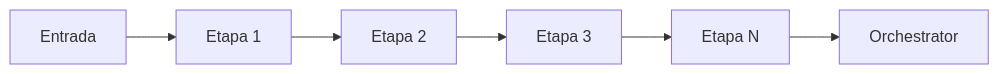
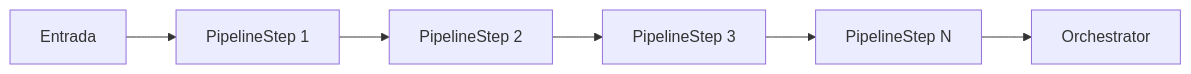
The second of 4 diagrams in docs/architecture/04-components/04-pipeline.md (johnisonLima/assist-engine), drawn with Mermaid before and after one commit. The commit also changed other lines of this file and 17 other files, not shown here.

Commit message:
refactor: Renomear Middleware para PipelineStep e ajustar a estrutura do Pipeline

````diff
--- a/docs/architecture/04-components/04-pipeline.md
+++ b/docs/architecture/04-components/04-pipeline.md
@@ -105,15 +121,15 @@
 ```mermaid
 flowchart LR
 
 A[Entrada]
 
---> B[Etapa 1]
+--> B[PipelineStep 1]
 
---> C[Etapa 2]
+--> C[PipelineStep 2]
 
---> D[Etapa 3]
+--> D[PipelineStep 3]
 
---> E[Etapa N]
+--> E[PipelineStep N]
 
 --> F[Orchestrator]
 ```
````
